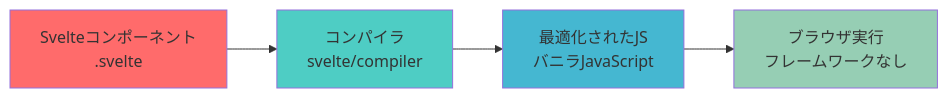
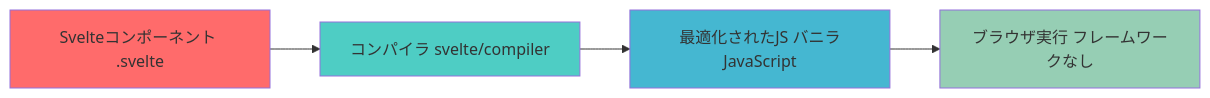
The diagram in src/routes/deep-dive/compile-time-optimization/+page.md (shuji-bonji/Svelte-and-SvelteKit-with-TypeScript), drawn with Mermaid before and after one commit. The commit also changed 7 other files, not shown here.

Commit message:
fix: Mermaid周りの利用修正

````diff
--- a/src/routes/deep-dive/compile-time-optimization/+page.md
+++ b/src/routes/deep-dive/compile-time-optimization/+page.md
@@ -10,11 +10,11 @@
 ```mermaid
 graph LR
-    A[Svelteコンポーネント<br>.svelte] --> B[コンパイラ<br>svelte/compiler]
-    B --> C[最適化されたJS<br>バニラJavaScript]
-    C --> D[ブラウザ実行<br>フレームワークなし]
+    A["Svelteコンポーネント .svelte"] --> B["コンパイラ svelte/compiler"]
+    B --> C["最適化されたJS バニラJavaScript"]
+    C --> D["ブラウザ実行 フレームワークなし"]
     
     style A fill:#ff6b6b
     style B fill:#4ecdc4
     style C fill:#45b7d1
     style D fill:#96ceb4
 ```
````
